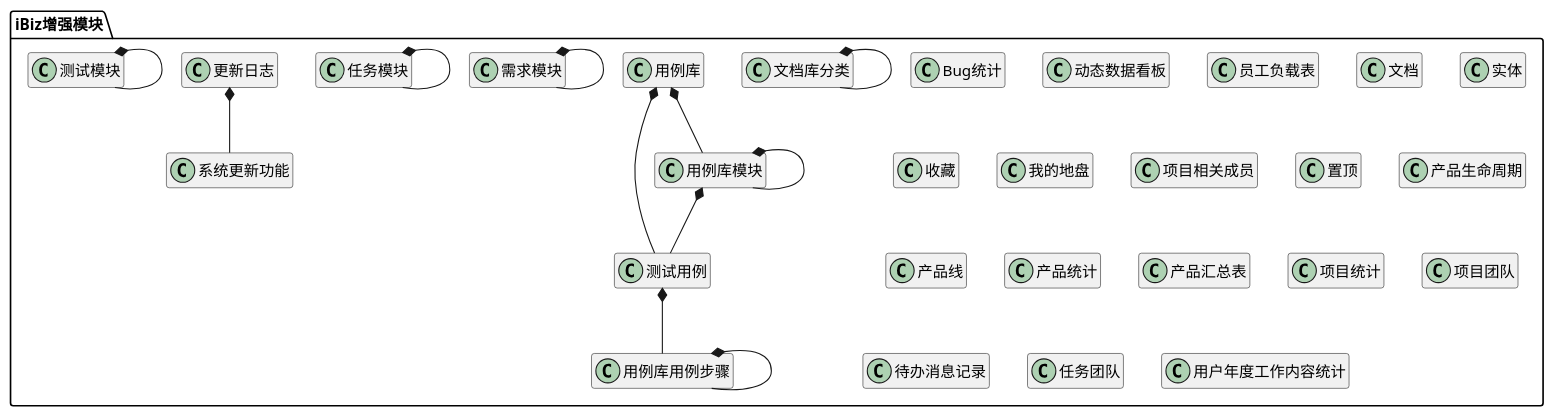
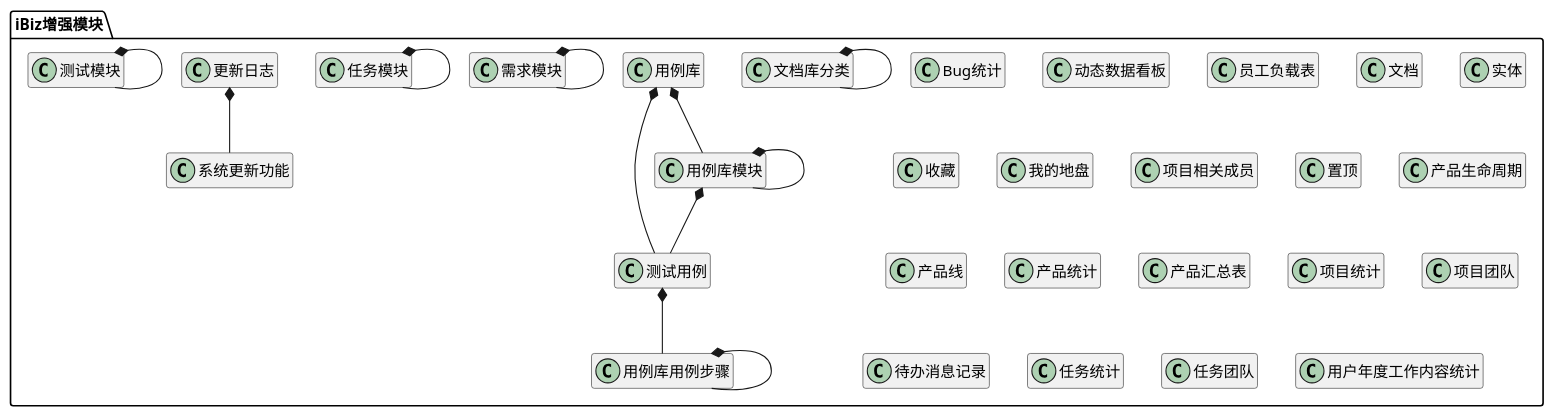
One commit to zj335841911/nt_chandao changed the diagram in ibizpms-docs/src/main/doc/v1/module/ibiz.md. Above: the diagram before and after it, drawn with PlantUML. The commit also changed other lines of this file and 185 other files, not shown here.

```diff
--- a/ibizpms-docs/src/main/doc/v1/module/ibiz.md
+++ b/ibizpms-docs/src/main/doc/v1/module/ibiz.md
@@ -85,6 +85,9 @@
 class 待办消息记录 {
 }
 
+class 任务统计 {
+}
+
 class 任务团队 {
 }
 
```
